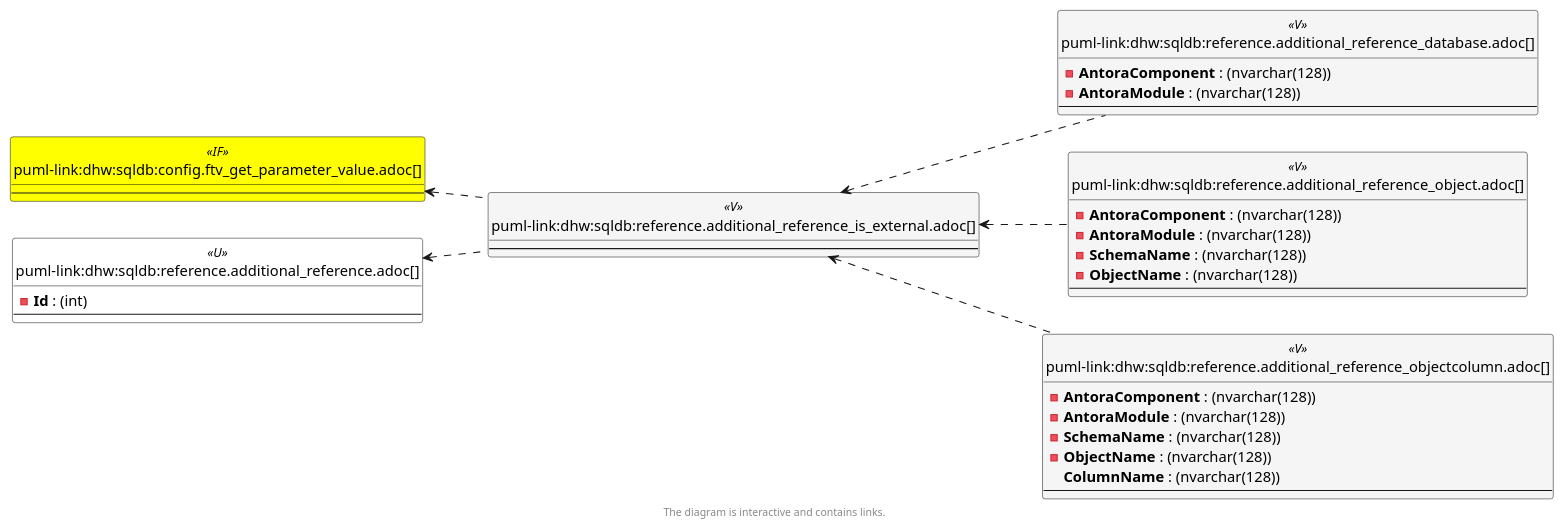
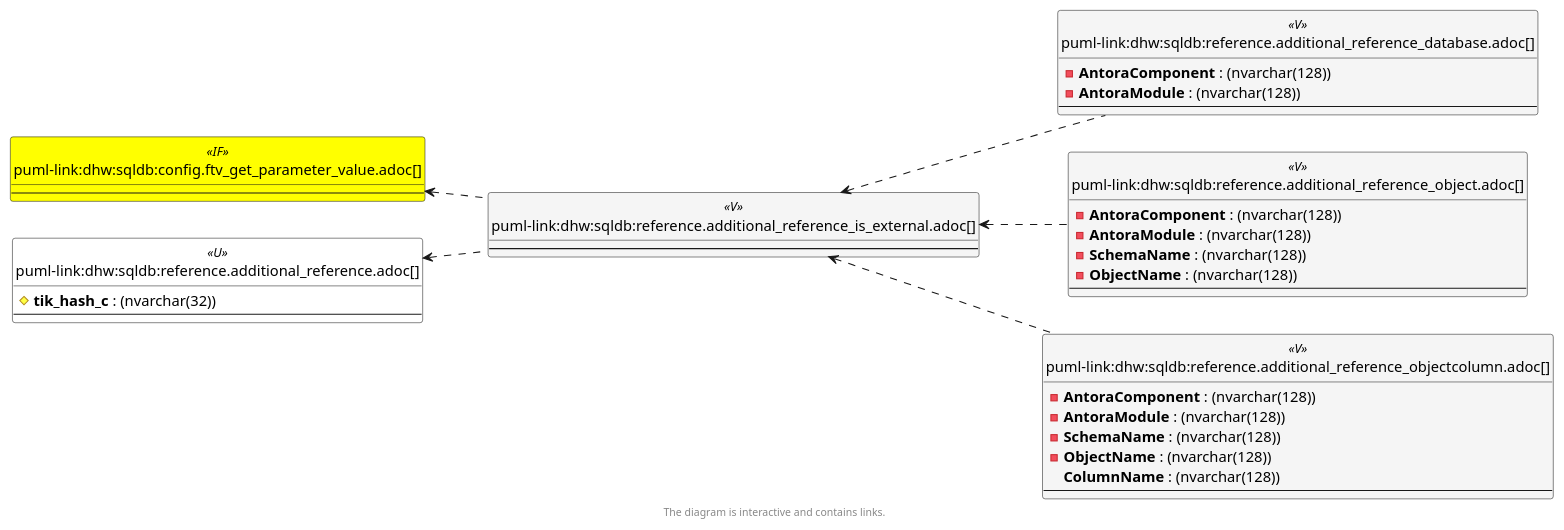
The third of 6 diagrams in docs/modules/sqldb/partials/content/reference.additional_reference_is_external.adoc (DataHandwerk/dhw-antora-sqldb), drawn with PlantUML before and after one commit. The commit also changed other lines of this file and 751 other files, not shown here.

```diff
--- a/docs/modules/sqldb/partials/content/reference.additional_reference_is_external.adoc
+++ b/docs/modules/sqldb/partials/content/reference.additional_reference_is_external.adoc
@@ -846,76 +846,76 @@
 [plantuml, entity_1_1_objectref-{docname}, svg, subs=macros]
 ....
 @startuml
 left to right direction
 'top to bottom direction
 hide circle
 'avoide "." issues:
 set namespaceSeparator none
 
 
 skinparam class {
   BackgroundColor White
   BackgroundColor<<FN>> Yellow
   BackgroundColor<<FS>> Yellow
   BackgroundColor<<FT>> LightGray
   BackgroundColor<<IF>> Yellow
   BackgroundColor<<IS>> Yellow
   BackgroundColor<<P>>  Aqua
   BackgroundColor<<PC>> Aqua
   BackgroundColor<<SN>> Yellow
   BackgroundColor<<SO>> SlateBlue
   BackgroundColor<<TF>> LightGray
   BackgroundColor<<TR>> Tomato
   BackgroundColor<<U>>  White
   BackgroundColor<<V>>  WhiteSmoke
   BackgroundColor<<X>>  Aqua
   BackgroundColor<<external>> AliceBlue
 }
 
 
 entity "puml-link:dhw:sqldb:config.ftv_get_parameter_value.adoc[]" as config.ftv_get_parameter_value << IF >> {
   --
 }
 
 entity "puml-link:dhw:sqldb:reference.additional_reference.adoc[]" as reference.additional_Reference << U >> {
-  - **Id** : (int)
+  # **tik_hash_c** : (nvarchar(32))
   --
 }
 
 entity "puml-link:dhw:sqldb:reference.additional_reference_database.adoc[]" as reference.additional_Reference_database << V >> {
   - **AntoraComponent** : (nvarchar(128))
   - **AntoraModule** : (nvarchar(128))
   --
 }
 
 entity "puml-link:dhw:sqldb:reference.additional_reference_is_external.adoc[]" as reference.additional_Reference_is_external << V >> {
   --
 }
 
 entity "puml-link:dhw:sqldb:reference.additional_reference_object.adoc[]" as reference.additional_Reference_Object << V >> {
   - **AntoraComponent** : (nvarchar(128))
   - **AntoraModule** : (nvarchar(128))
   - **SchemaName** : (nvarchar(128))
   - **ObjectName** : (nvarchar(128))
   --
 }
 
 entity "puml-link:dhw:sqldb:reference.additional_reference_objectcolumn.adoc[]" as reference.additional_Reference_ObjectColumn << V >> {
   - **AntoraComponent** : (nvarchar(128))
   - **AntoraModule** : (nvarchar(128))
   - **SchemaName** : (nvarchar(128))
   - **ObjectName** : (nvarchar(128))
   **ColumnName** : (nvarchar(128))
   --
 }
 
 config.ftv_get_parameter_value <.. reference.additional_Reference_is_external
 reference.additional_Reference <.. reference.additional_Reference_is_external
+reference.additional_Reference_is_external <.. reference.additional_Reference_database
 reference.additional_Reference_is_external <.. reference.additional_Reference_ObjectColumn
 reference.additional_Reference_is_external <.. reference.additional_Reference_Object
-reference.additional_Reference_is_external <.. reference.additional_Reference_database
 
 footer The diagram is interactive and contains links.
 
 @enduml
 ....
```
